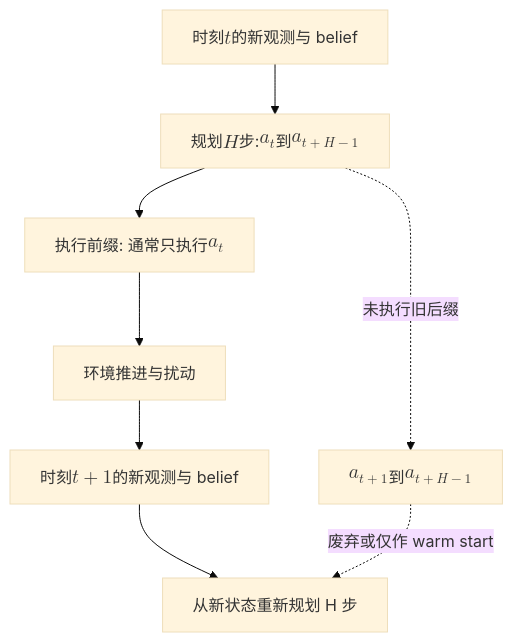
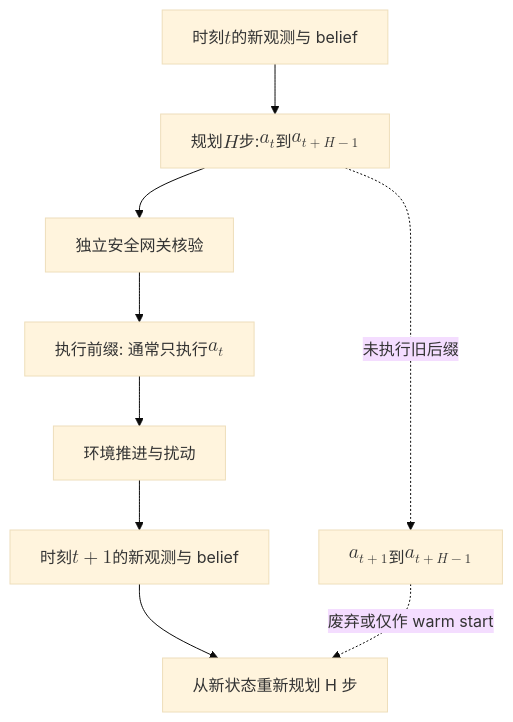
Before and after one commit to dollarser/world-models-and-embodied-ai-book: the second of 2 diagrams in docs/part-02-world-models/ch07-model-based-planning.md, drawn with Mermaid (base theme). The commit also changed other lines of this file, not shown here.

Commit message:
docs: add safety gateway node to ch07 MPC receding-horizon figure

````diff
--- a/docs/part-02-world-models/ch07-model-based-planning.md
+++ b/docs/part-02-world-models/ch07-model-based-planning.md
@@ -87,12 +87,13 @@
 ```mermaid
 flowchart TB
     accTitle: FIG-07-02 图 7-2 滚动时域中的计划、执行与重规划
-    accDescr: 时刻 t 根据新观测规划 H 步，只执行首步或短前缀；环境返回新观测后，未执行的旧后缀被废弃或仅作热启动，并从新状态重新规划 H 步。
+    accDescr: 时刻 t 根据新观测规划 H 步；候选首步经独立安全网关核验后执行前缀，通常只执行首步；环境返回新观测后，未执行的旧后缀被废弃或仅作热启动，并从新状态重新规划 H 步。
     O0["时刻 $$t$$ 的新观测与 belief"] --> P0["规划 $$H$$ 步: $$a_t$$ 到 $$a_{t+H-1}$$"]
-    P0 --> X0["执行前缀: 通常只执行 $$a_t$$"]
+    P0 --> GW["独立安全网关核验"]
+    GW --> X0["执行前缀: 通常只执行 $$a_t$$"]
     P0 -.未执行旧后缀.-> S0["$$a_{t+1}$$ 到 $$a_{t+H-1}$$"]
     X0 --> E0[环境推进与扰动]
     E0 --> O1["时刻 $$t+1$$ 的新观测与 belief"]
     O1 --> P1[从新状态重新规划 H 步]
     S0 -.废弃或仅作 warm start.-> P1
 ```
````
